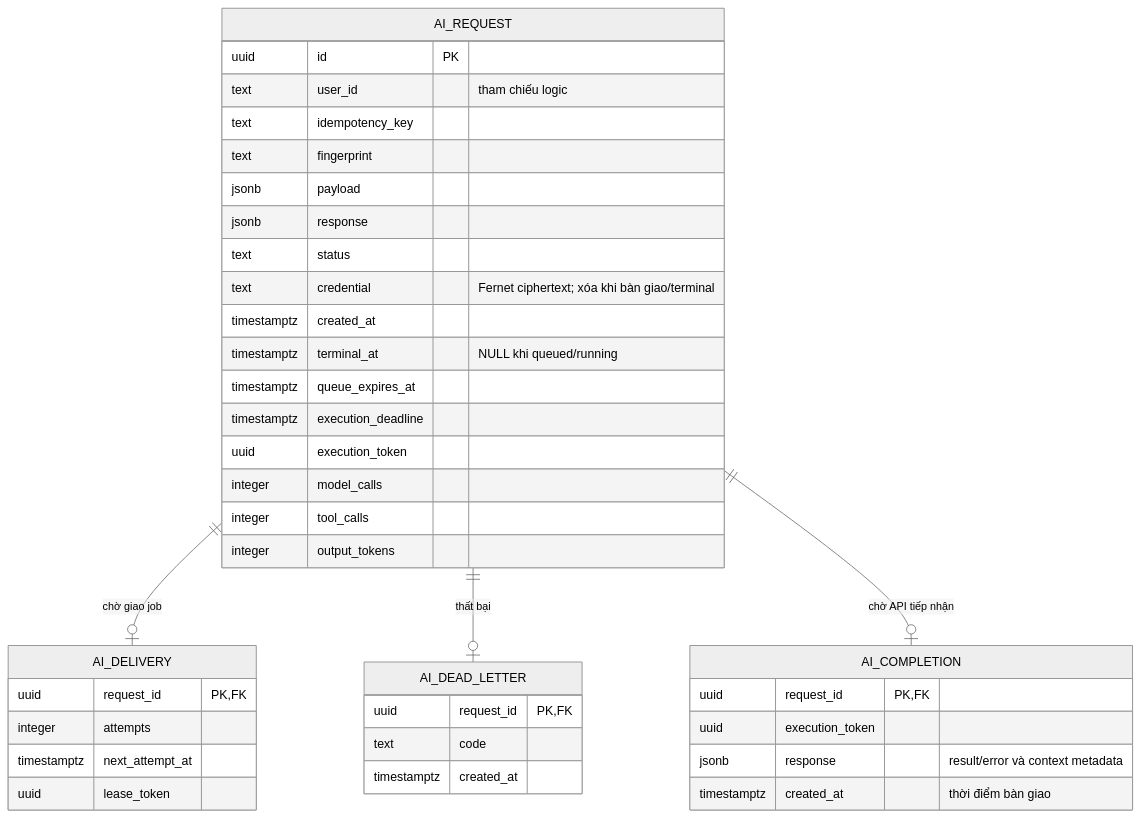
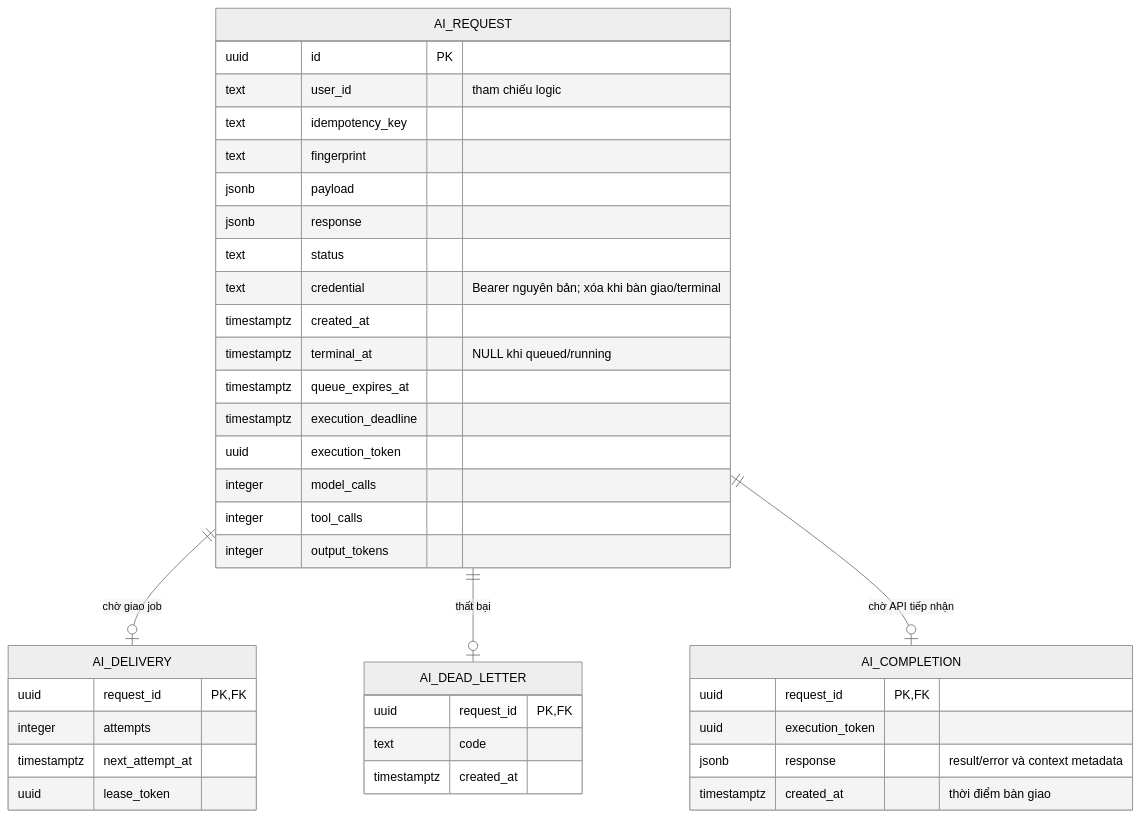
The diagram in docs/ai-service/erd.md (TriNguyenThanh/UTask), drawn with Mermaid (neutral theme) before and after one commit. The commit also changed other lines of this file and 32 other files, not shown here.

Commit message:
refactor(ai-service): remove Fernet from worker token flow

````diff
--- a/docs/ai-service/erd.md
+++ b/docs/ai-service/erd.md
@@ -14,41 +14,41 @@
 ```mermaid
 erDiagram
     AI_REQUEST ||--o| AI_DELIVERY : "chờ giao job"
     AI_REQUEST ||--o| AI_DEAD_LETTER : "thất bại"
     AI_REQUEST ||--o| AI_COMPLETION : "chờ API tiếp nhận"
     AI_REQUEST {
         uuid id PK
         text user_id "tham chiếu logic"
         text idempotency_key
         text fingerprint
         jsonb payload
         jsonb response
         text status
-        text credential "Fernet ciphertext; xóa khi bàn giao/terminal"
+        text credential "Bearer nguyên bản; xóa khi bàn giao/terminal"
         timestamptz created_at
         timestamptz terminal_at "NULL khi queued/running"
         timestamptz queue_expires_at
         timestamptz execution_deadline
         uuid execution_token
         integer model_calls
         integer tool_calls
         integer output_tokens
     }
     AI_DELIVERY {
         uuid request_id PK,FK
         integer attempts
         timestamptz next_attempt_at
         uuid lease_token
     }
     AI_DEAD_LETTER {
         uuid request_id PK,FK
         text code
         timestamptz created_at
     }
     AI_COMPLETION {
         uuid request_id PK,FK
         uuid execution_token
         jsonb response "result/error và context metadata"
         timestamptz created_at "thời điểm bàn giao"
     }
 ```
````
